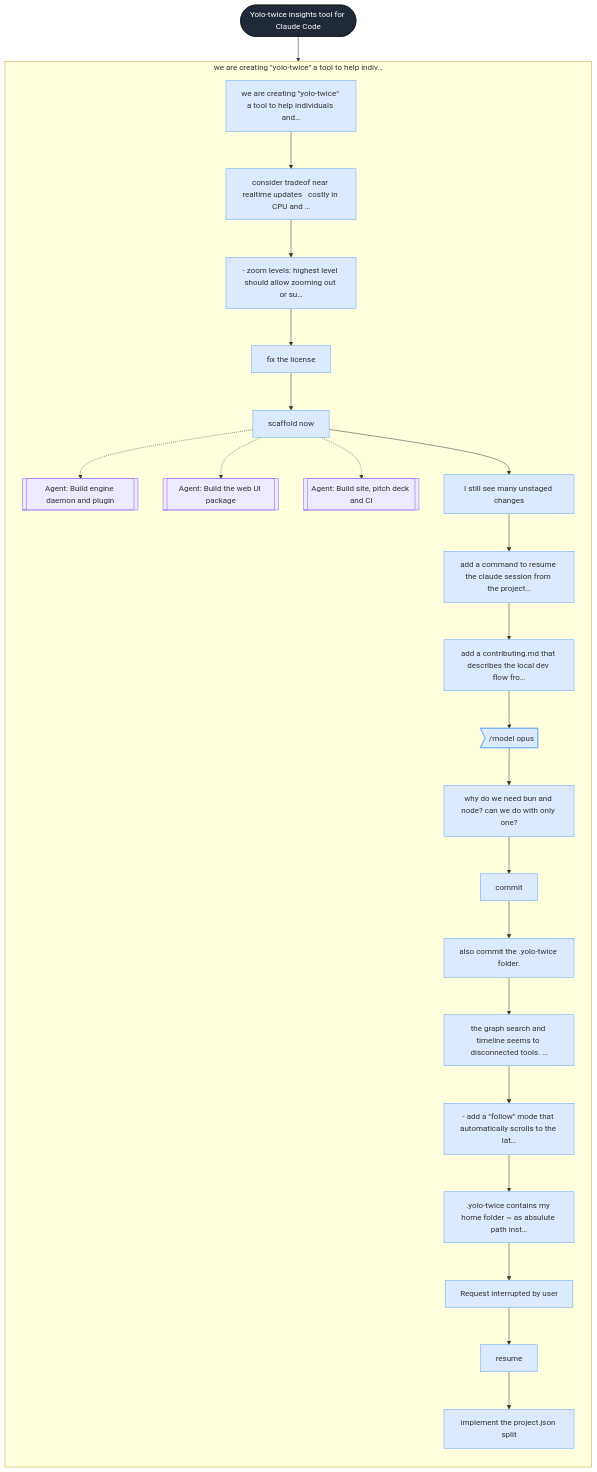
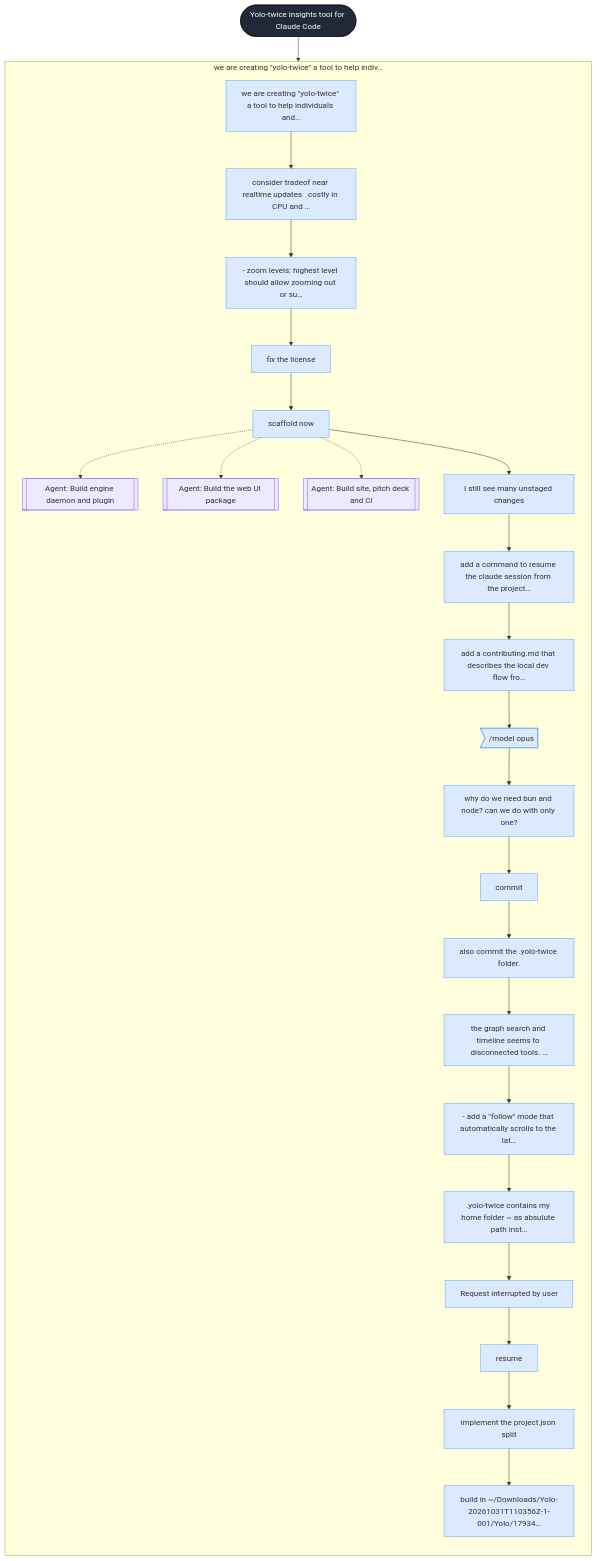
The diagram in .yolo-twice/sessions/34b27ceb-5af1-4142-8334-ab80a4310636/graph.mmd (bar9/yolo-twice), drawn with Mermaid before and after one commit. The commit also changed 36 other files, not shown here.

```diff
--- a/.yolo-twice/sessions/34b27ceb-5af1-4142-8334-ab80a4310636/graph.mmd
+++ b/.yolo-twice/sessions/34b27ceb-5af1-4142-8334-ab80a4310636/graph.mmd
@@ -1,78 +1,81 @@
 flowchart TD
   s_34b27ceb_5af1_4142_8334_ab80a4310636(["Yolo-twice insights tool for Claude Code"])
   subgraph p1 ["we are creating #quot;yolo-twice#quot; a tool to help indiv…"]
     direction TD
     t1["we are creating #quot;yolo-twice#quot; a tool to help individuals and…"]
     t2["consider tradeof near realtime updates   costly in CPU and …"]
     t3["- zoom levels: highest level should allow zooming out or su…"]
     t4["fix the license"]
     t5["scaffold now"]
     t5_s51[["Agent: Build engine daemon and plugin"]]
     t5_s52[["Agent: Build the web UI package"]]
     t5_s53[["Agent: Build site, pitch deck and CI"]]
     t6["I still see many unstaged changes"]
     t7["add a command to resume the claude session from the project…"]
     t8["add a contributing.md that describes the local dev flow fro…"]
     t9>"/model opus"]
     t10["why do we need bun and node? can we do with only one?"]
     t11["commit"]
     t12["also commit the .yolo-twice folder."]
     t13["the graph search and timeline seems to disconnected tools. …"]
     t14["- add a #quot;follow#quot; mode that automatically scrolls to the lat…"]
     t15[".yolo-twice contains my home folder ~ as absulute path inst…"]
     t16[" Request interrupted by user "]
     t17["resume"]
     t18["implement the project.json split"]
+    t19["build in ~/Downloads/Yolo-20261031T110356Z-1-001/Yolo/17934…"]
   end
   s_34b27ceb_5af1_4142_8334_ab80a4310636 --> t1
   t1 --> t2
   t2 --> t3
   t3 --> t4
   t4 --> t5
   t5 -.-> t5_s51
   t5 -.-> t5_s52
   t5 -.-> t5_s53
   t5 --> t6
   t6 --> t7
   t7 --> t8
   t8 --> t9
   t9 --> t10
   t10 --> t11
   t11 --> t12
   t12 --> t13
   t13 --> t14
   t14 --> t15
   t15 --> t16
   t16 --> t17
   t17 --> t18
+  t18 --> t19
   classDef session fill:#1f2937,color:#fff,stroke:#111;
   classDef phase fill:#e5e7eb,stroke:#9ca3af;
   classDef turn fill:#dbeafe,stroke:#60a5fa;
   classDef branch fill:#fde68a,stroke:#d97706;
   classDef subagent fill:#ede9fe,stroke:#8b5cf6;
   classDef tool fill:#dcfce7,stroke:#22c55e;
   classDef error fill:#fee2e2,stroke:#ef4444;
   classDef text fill:#f3f4f6,stroke:#9ca3af;
   classDef thinking fill:#f3f4f6,stroke:#d1d5db,stroke-dasharray: 3 3;
   class s_34b27ceb_5af1_4142_8334_ab80a4310636 session;
   class t1 turn;
   class t2 turn;
   class t3 turn;
   class t4 turn;
   class t5 turn;
   class t5_s51 subagent;
   class t5_s52 subagent;
   class t5_s53 subagent;
   class t6 turn;
   class t7 turn;
   class t8 turn;
   class t9 turn;
   class t10 turn;
   class t11 turn;
   class t12 turn;
   class t13 turn;
   class t14 turn;
   class t15 turn;
   class t16 turn;
   class t17 turn;
   class t18 turn;
+  class t19 turn;
```
